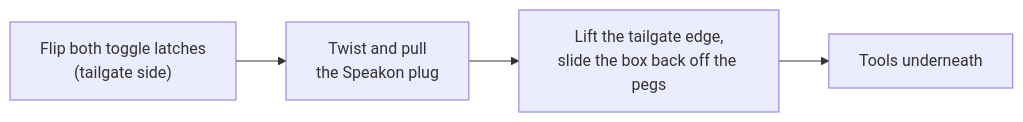
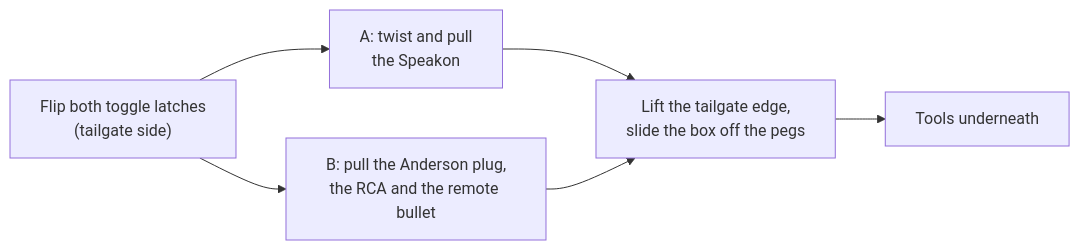
One commit to badsyntax/jimny-sound changed the first of 3 diagrams in SUB-UPGRADE.md. Above: the diagram before and after it, drawn with Mermaid. The commit also changed other lines of this file and 2 other files, not shown here.

First line of the commit message:
Boot sub plan: add M 2.1AMP on-the-box option alongside UP 1FX

````diff
--- a/SUB-UPGRADE.md
+++ b/SUB-UPGRADE.md
@@ -137,6 +181,8 @@
 ```mermaid
 flowchart LR
-    A["Flip both toggle latches<br/>(tailgate side)"] --> B["Twist and pull<br/>the Speakon plug"]
-    B --> C["Lift the tailgate edge,<br/>slide the box back off the pegs"]
+    L["Flip both toggle latches<br/>(tailgate side)"] --> A["A: twist and pull<br/>the Speakon"]
+    L --> B["B: pull the Anderson plug,<br/>the RCA and the remote bullet"]
+    A --> C["Lift the tailgate edge,<br/>slide the box off the pegs"]
+    B --> C
     C --> D["Tools underneath"]
 ```
````
